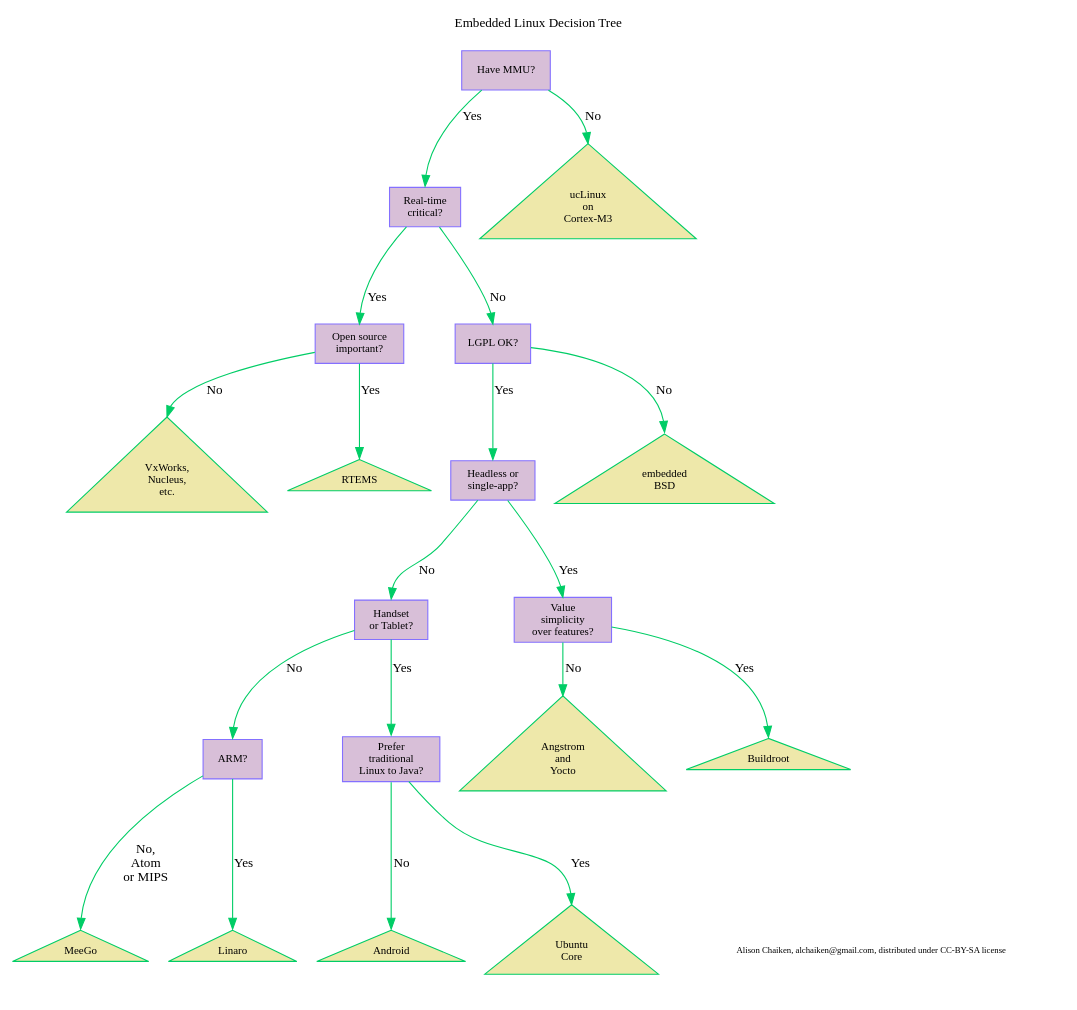
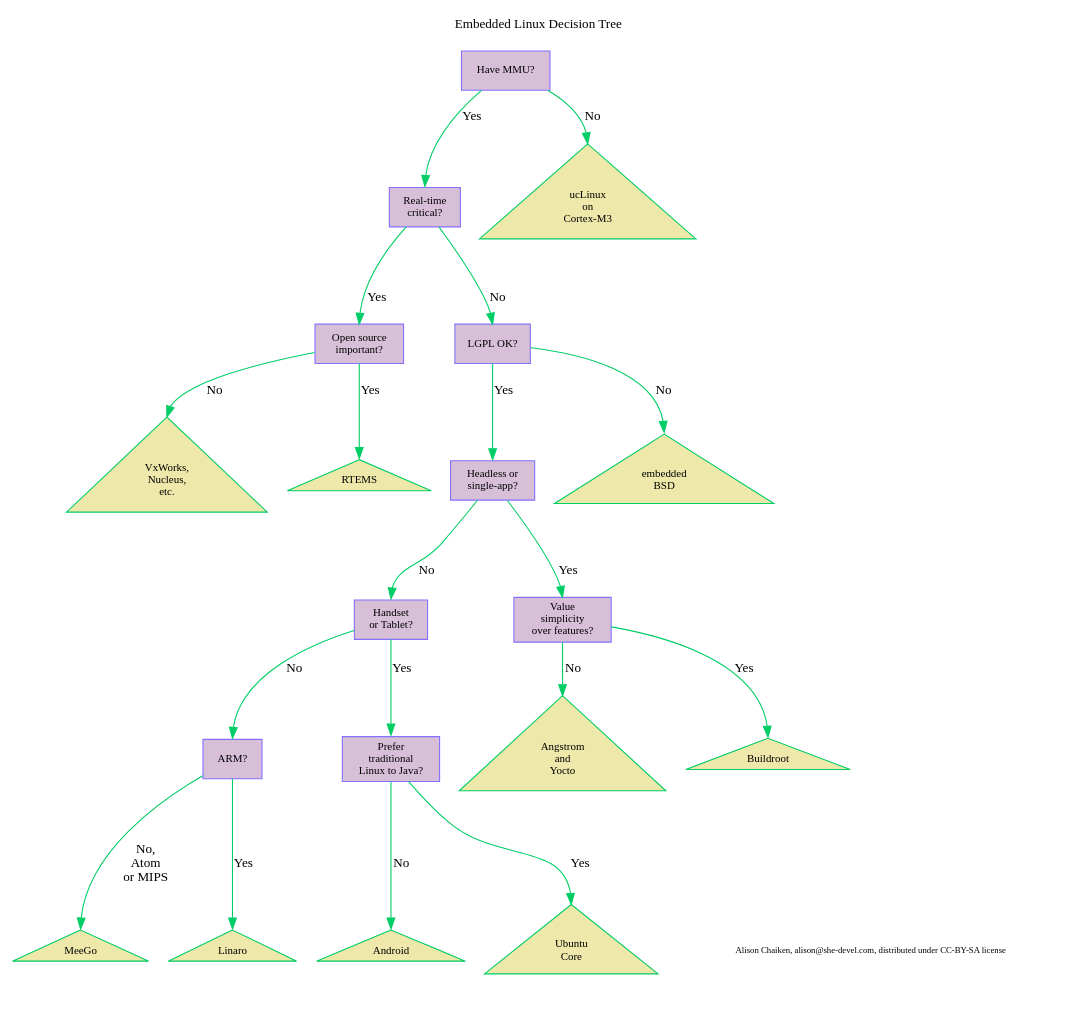
The diagram in Embedded_Linux_Decision_Tree.dot (chaiken/she-devel.com), drawn with Graphviz before and after one commit. The commit also changed 8 other files, not shown here.

```diff
--- a/Embedded_Linux_Decision_Tree.dot
+++ b/Embedded_Linux_Decision_Tree.dot
@@ -1,68 +1,68 @@
 /* Embedded Linux Decision Tree Generator
   Alison Chaiken, alison@she-devel.com, http://www.exerciseforthereader.org/
   7/30/2011 
   Licensed under CC-BY-SA, http://creativecommons.org/licenses/by-sa/3.0
 */
 // Create SVG file, view with browser:
 // dot -Tsvg Embedded_Linux_Decision_Tree.dot -o Embedded_Linux_Decision_Tree.svg; eog Embedded_Linux_Decision_Tree.svg
 
 digraph "embedded_linux_decision_tree" {
 // graph [fontsize=12,orientation="landscape"];
 // graph [fontsize=12,rotate=90];
  graph [fontsize=12,label="Embedded Linux Decision Tree\n\n",labelfontsize=24,labelloc="t"];
  node [fontsize=10];
  edge [fontsize=12,color=springgreen3,headport="n"];
 // questions
 //  root [shape=box,color=blue,label="Have MMU?"];
   root [shape=box,label="Have MMU?",fillcolor=thistle,style=filled,color=lightslateblue];
 //  NeedRTQ [shape=box,fillcolor=yellow,style=filled,label="Real-time\ncritical?"];
   NeedRTQ [shape=box,label="Real-time\ncritical?",fillcolor=thistle,style=filled,color=lightslateblue];
   ProprietaryQ [shape=box,label="Open source\nimportant?",fillcolor=thistle,style=filled,color=lightslateblue];
   LGPLQ [shape=box,label="LGPL OK?",fillcolor=thistle,style=filled,color=lightslateblue];
   HeadlessQ [shape=box,label="Headless or\nsingle-app?",fillcolor=thistle,style=filled,color=lightslateblue];
   HandsetTabletQ [shape=box,label="Handset\nor Tablet?",fillcolor=thistle,style=filled,color=lightslateblue];
   ARMQ [shape=box,label="ARM?",fillcolor=thistle,style=filled,color=lightslateblue];
   LibCQ [shape=box,label="Prefer\ntraditional\nLinux to Java?",fillcolor=thistle,style=filled,color=lightslateblue];
   LearnCurveQ [shape=box,label="Value\nsimplicity\nover features?",fillcolor=thistle,style=filled,color=lightslateblue];
 // leaves/distros
   NoMMU [shape=triangle,URL="http://www.linux-arm.org/LinuxKernel/LinuxM3",label="ucLinux\non\nCortex-M3",fillcolor=palegoldenrod,style=filled,color=springgreen3]
   RealTimeProprietary [shape=triangle,label="VxWorks,\nNucleus,\netc.",fillcolor=palegoldenrod,style=filled,color=springgreen3];
   Android [shape=triangle,URL="http://developer.android.com/index.html",label="Android",fillcolor=palegoldenrod,style=filled,color=springgreen3];
   UbuntuCore [shape=triangle,URL="http://www.canonical.com/engineering-services/ubuntu-core",label="Ubuntu\nCore",fillcolor=palegoldenrod,style=filled,color=springgreen3];
   EmbeddedBSD [shape=triangle,URL="http://bsdmag.org/magazine/1067-embedded-bsd",label="embedded\nBSD",fillcolor=palegoldenrod,style=filled,color=springgreen3];
   RTEMS [shape=triangle,URL="http://www.rtems.org/",label="RTEMS",fillcolor=palegoldenrod,style=filled,color=springgreen3];
  // Angstrom [shape=triangle,URL="http://www.angstrom-distribution.org/",label="Ångstrom"];
 //  Angstrom [shape=triangle,URL="http://www.angstrom-distribution.org/",label="&#197;ngstrom"];
   Angstrom [shape=triangle,URL="http://www.angstrom-distribution.org/",label="Angstrom\nand\nYocto",fillcolor=palegoldenrod,style=filled,color=springgreen3];
   Buildroot [shape=triangle,URL="http://buildroot.uclibc.org/",label="Buildroot",fillcolor=palegoldenrod,style=filled,color=springgreen3];
   AtomOrMIPS [shape=triangle,URL="http://meego.com/",label="MeeGo",fillcolor=palegoldenrod,style=filled,color=springgreen3];
   ARMnotHeadless [shape=triangle,URL="http://linaro.org/",label="Linaro",fillcolor=palegoldenrod,style=filled,color=springgreen3];
 // edges
   root -> NeedRTQ [weight=2,label="Yes"];
   root -> NoMMU [weight=2,label="No"];
   NeedRTQ -> LGPLQ [weight=2,label="No"];
   NeedRTQ -> ProprietaryQ [weight=2,label="Yes"]
   ProprietaryQ -> RTEMS [weight=2,label="Yes"];
   ProprietaryQ -> RealTimeProprietary [weight=2,label="No"];
 //  LGPLQ -> HeadlessQ [weight=2,label="Yes"];
 //  LGPLQ -> Android [weight=2,label="No"];
   LGPLQ -> HeadlessQ [weight=2,label="Yes"];
   LGPLQ -> EmbeddedBSD [weight=2,label="No"];
 //  LGPLQ -> RTEMS [weight=2,label="No"];
 //  LGPLQ -> HandsetTabletQ [weight=2,label="No"];
 //  HandsetTabletQ -> HeadlessQ [weight=2,label="No"];
    HeadlessQ -> HandsetTabletQ [weight=2,label="No"];
   HeadlessQ -> LearnCurveQ [weight=2,label="Yes"];   
    LearnCurveQ -> Angstrom [weight=2,label="No"];
    LearnCurveQ -> Buildroot [weight=2,label="Yes"];
   LibCQ -> Android [weight=2,label="No"];
   LibCQ -> UbuntuCore [weight=2,label="Yes"];
   HandsetTabletQ -> ARMQ [weight=2,label="No"];
   HandsetTabletQ -> LibCQ [weight=2,label="Yes"];
   ARMQ -> ARMnotHeadless [weight=2,label="Yes"];
   ARMQ -> AtomOrMIPS [weight=2,label="No,\nAtom\nor MIPS"];
 
-Footer [style="",label="Alison Chaiken, alchaiken@gmail.com, distributed under CC-BY-SA license",URL="http://she-devel.com/",fontsize=8,fontcolor=black,color=white]
+Footer [style="",label="Alison Chaiken, alison@she-devel.com, distributed under CC-BY-SA license",URL="http://she-devel.com/",fontsize=8,fontcolor=black,color=white]
 { rank = max Footer }
 
 }
```
